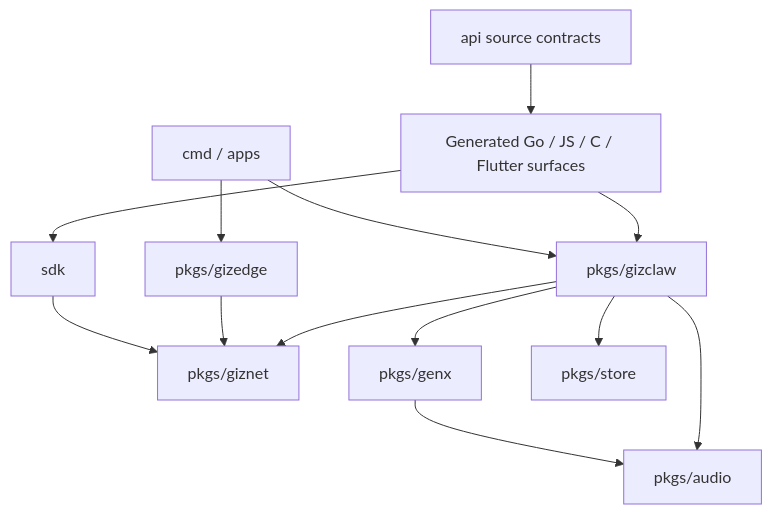
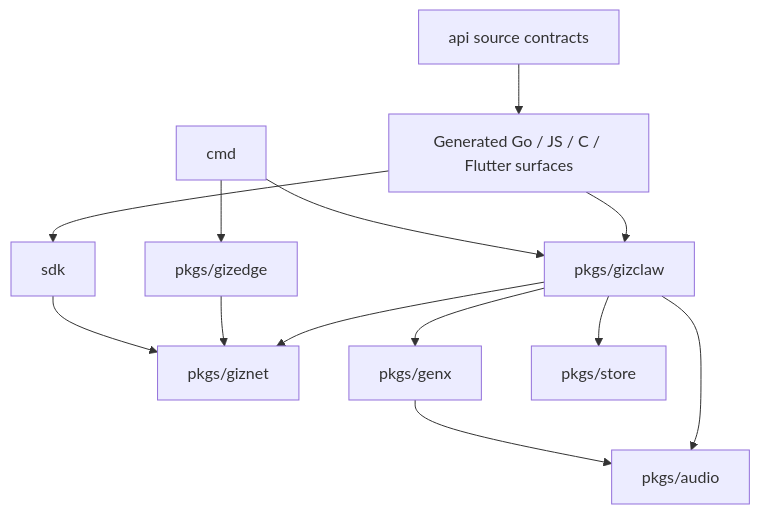
Before and after one commit to GizClaw/gizclaw: the second of 3 diagrams in guides/zh/developing/index.md, drawn with Mermaid. The commit also changed other lines of this file and 418 other files, not shown here.

````diff
--- a/guides/zh/developing/index.md
+++ b/guides/zh/developing/index.md
@@ -111,17 +110,17 @@
 ```mermaid
 flowchart TB
     API["api source contracts"] --> Generated["Generated Go / JS / C / Flutter surfaces"]
     Generated --> GizClaw["pkgs/gizclaw"]
     Generated --> SDK["sdk"]
 
-    Apps["cmd / apps"] --> GizClaw
-    Apps --> Edge["pkgs/gizedge"]
+    Command["cmd"] --> GizClaw
+    Command --> Edge["pkgs/gizedge"]
     GizClaw --> Giznet["pkgs/giznet"]
     Edge --> Giznet
     GizClaw --> GenX["pkgs/genx"]
     GizClaw --> Store["pkgs/store"]
     GizClaw --> Audio["pkgs/audio"]
     GenX --> Audio
 
     SDK --> Giznet
 ```
````
